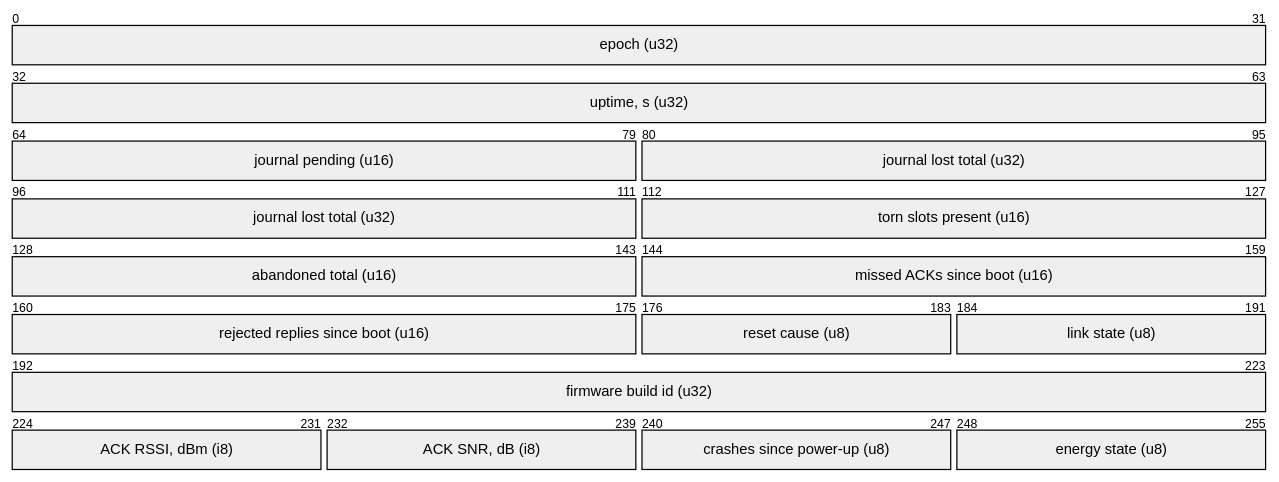
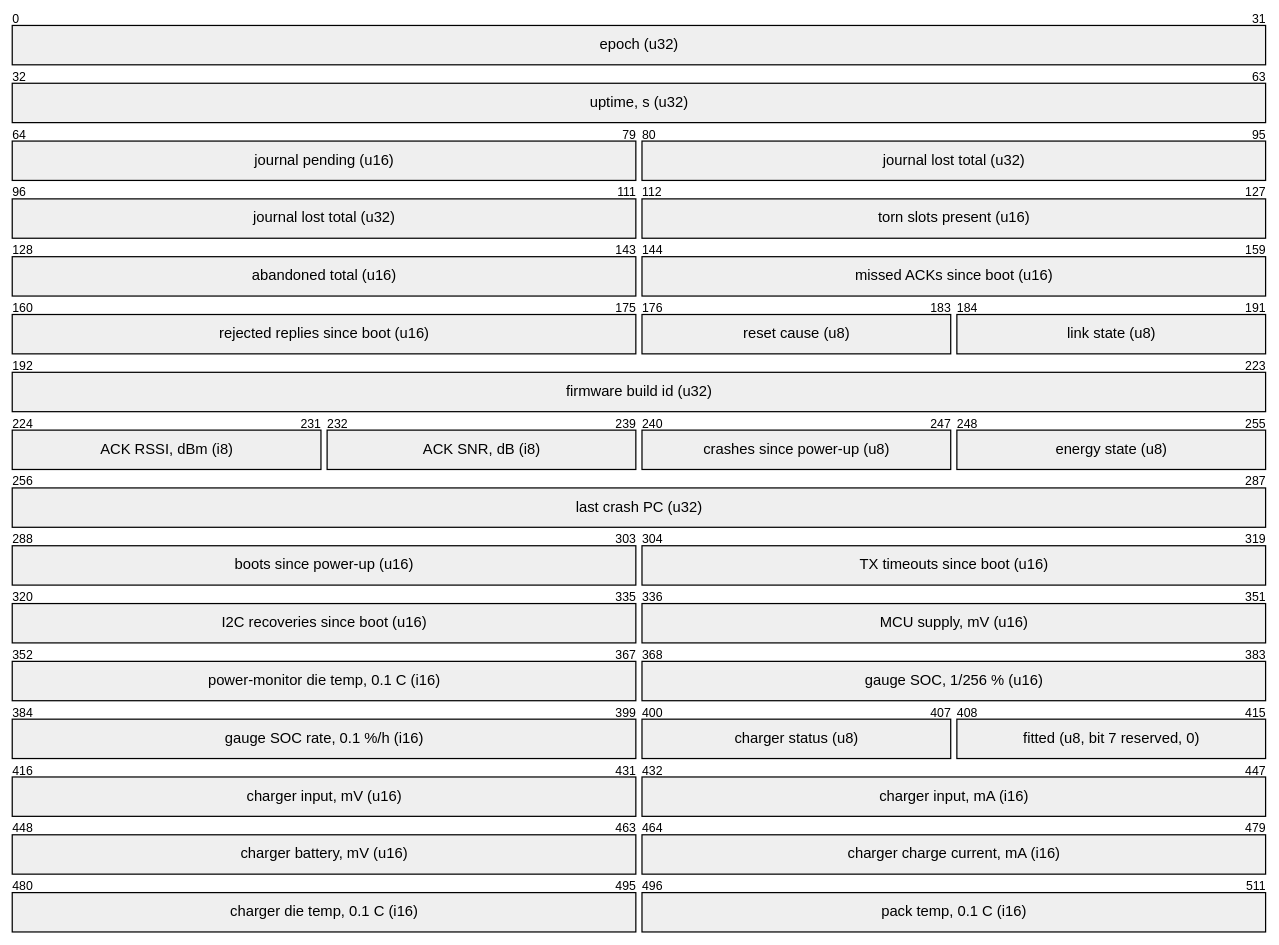
The fourth of 8 diagrams in ws0/protocol.lit.md (clintecker/weather-station-2026), drawn with Mermaid before and after one commit. The commit also changed other lines of this file and 303 other files, not shown here.

````diff
--- a/ws0/protocol.lit.md
+++ b/ws0/protocol.lit.md
@@ -291,18 +299,34 @@
 ```mermaid
 packet-beta
 0-31: "epoch (u32)"
 32-63: "uptime, s (u32)"
 64-79: "journal pending (u16)"
 80-111: "journal lost total (u32)"
 112-127: "torn slots present (u16)"
 128-143: "abandoned total (u16)"
 144-159: "missed ACKs since boot (u16)"
 160-175: "rejected replies since boot (u16)"
 176-183: "reset cause (u8)"
 184-191: "link state (u8)"
 192-223: "firmware build id (u32)"
 224-231: "ACK RSSI, dBm (i8)"
 232-239: "ACK SNR, dB (i8)"
 240-247: "crashes since power-up (u8)"
 248-255: "energy state (u8)"
+256-287: "last crash PC (u32)"
+288-303: "boots since power-up (u16)"
+304-319: "TX timeouts since boot (u16)"
+320-335: "I2C recoveries since boot (u16)"
+336-351: "MCU supply, mV (u16)"
+352-367: "power-monitor die temp, 0.1 C (i16)"
+368-383: "gauge SOC, 1/256 % (u16)"
+384-399: "gauge SOC rate, 0.1 %/h (i16)"
+400-407: "charger status (u8)"
+408-415: "fitted (u8, bit 7 reserved, 0)"
+416-431: "charger input, mV (u16)"
+432-447: "charger input, mA (i16)"
+448-463: "charger battery, mV (u16)"
+464-479: "charger charge current, mA (i16)"
+480-495: "charger die temp, 0.1 C (i16)"
+496-511: "pack temp, 0.1 C (i16)"
 ```
````
